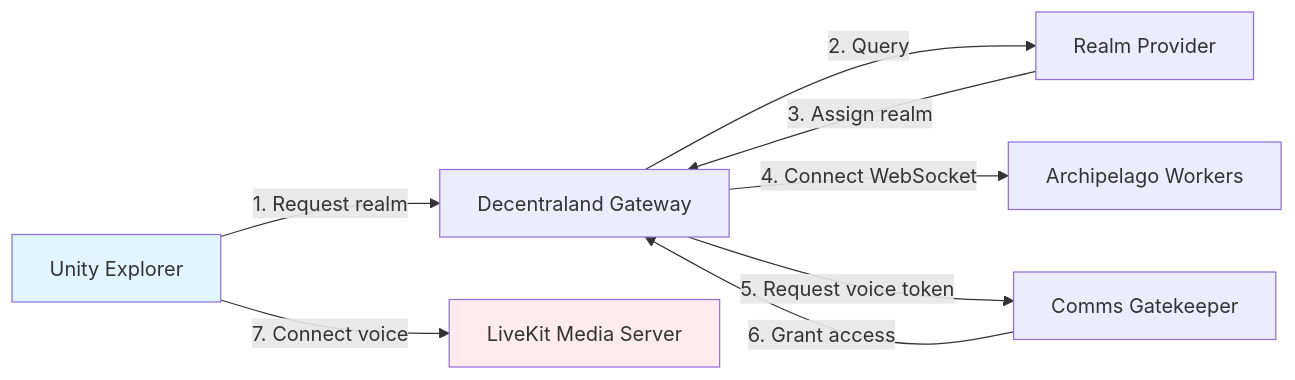
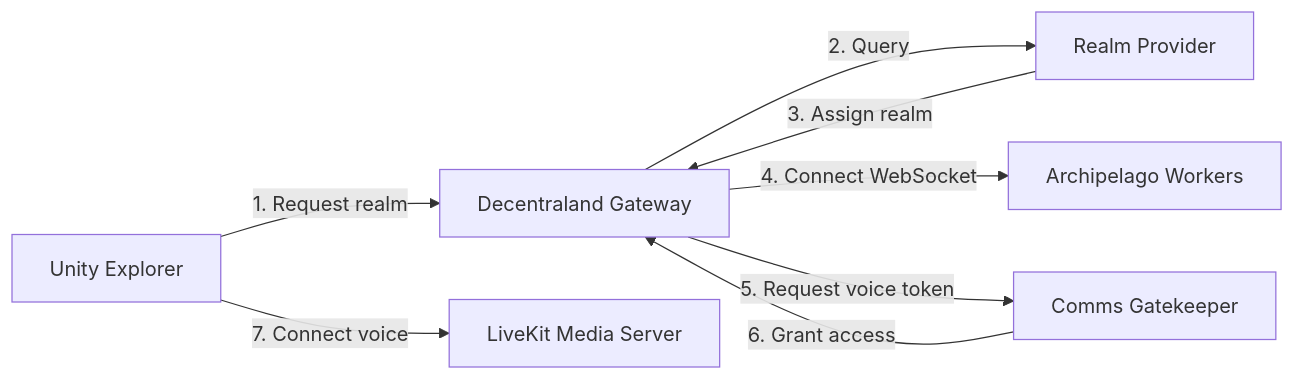
One commit to drkrillo/docs changed the fourth of 8 diagrams in contributor/architecture/client.md. Above: the diagram before and after it, drawn with Mermaid. The commit also changed other lines of this file and 2 other files, not shown here.

````diff
--- a/contributor/architecture/client.md
+++ b/contributor/architecture/client.md
@@ -147,20 +144,17 @@
 ```mermaid
 flowchart LR
     Client[Unity Explorer]
     Gateway[Decentraland Gateway]
     Realm[Realm Provider]
     Archipelago[Archipelago Workers]
     Gatekeeper[Comms Gatekeeper]
     LiveKit[LiveKit Media Server]
     
     Client -->|1. Request realm| Gateway
     Gateway -->|2. Query| Realm
     Realm -->|3. Assign realm| Gateway
     Gateway -->|4. Connect WebSocket| Archipelago
     Gateway -->|5. Request voice token| Gatekeeper
     Gatekeeper -->|6. Grant access| Gateway
     Client -->|7. Connect voice| LiveKit
-    
-    style Client fill:#e1f5fe
-    style LiveKit fill:#ffebee
 ```
````
